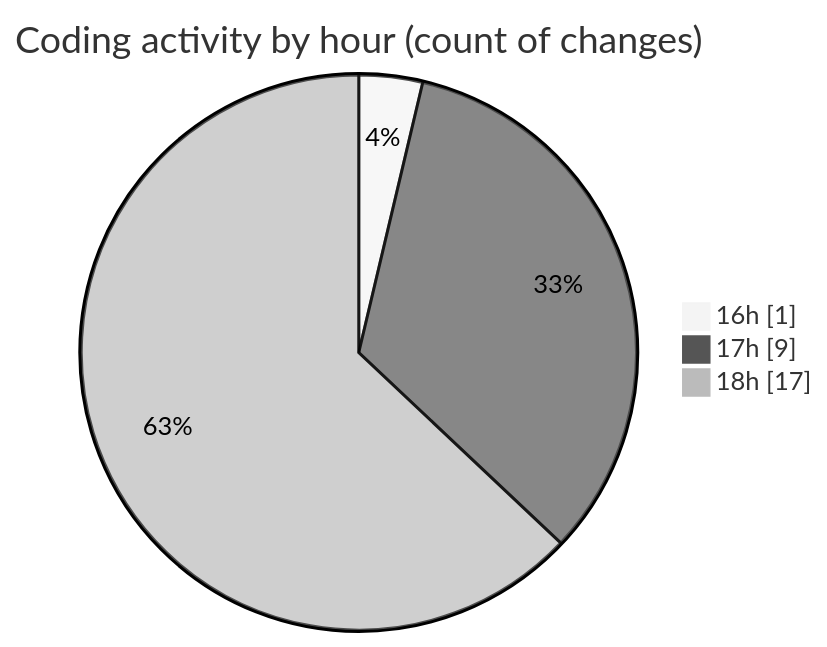
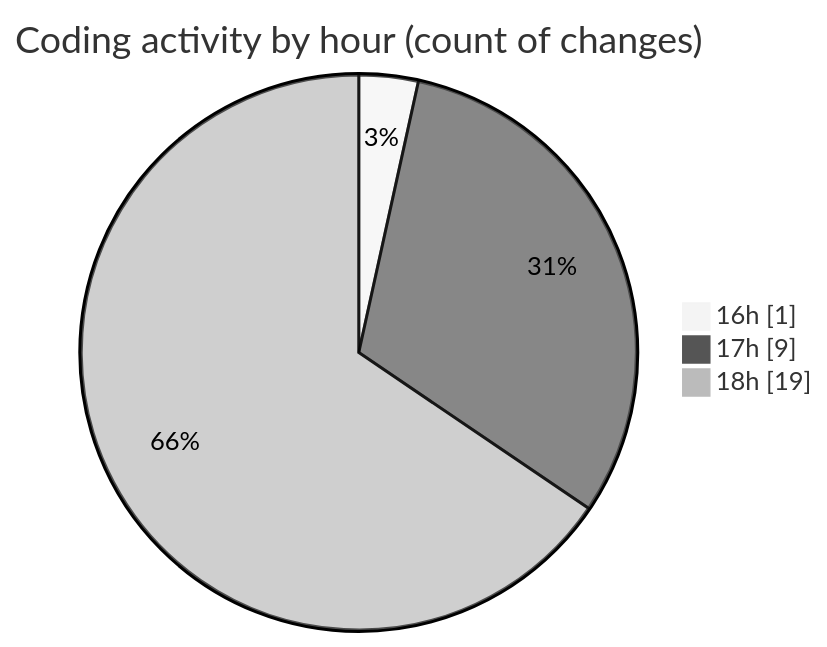
The second of 2 diagrams in 2025-09-16/nxtqube_webapp/README.md (nxtqubesakshisongat/code-tracking), drawn with Mermaid (neutral theme) before and after one commit. The commit also changed other lines of this file and 1 other file, not shown here.

````diff
--- a/2025-09-16/nxtqube_webapp/README.md
+++ b/2025-09-16/nxtqube_webapp/README.md
@@ -28,7 +29,7 @@
 ```mermaid
 pie showData
 title Coding activity by hour (count of changes)
 "16h" : 1
 "17h" : 9
-"18h" : 17
+"18h" : 19
 ```
````
